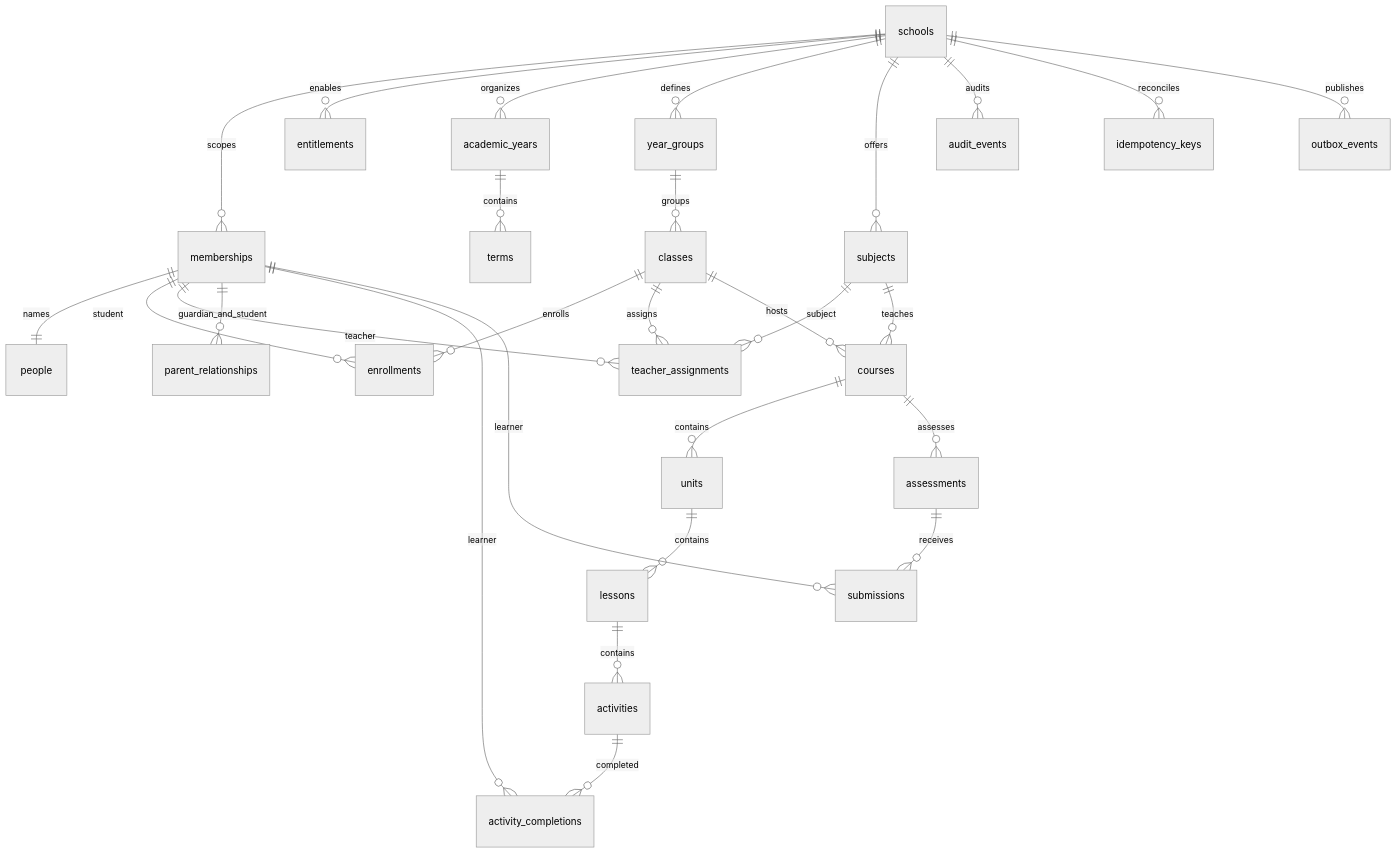
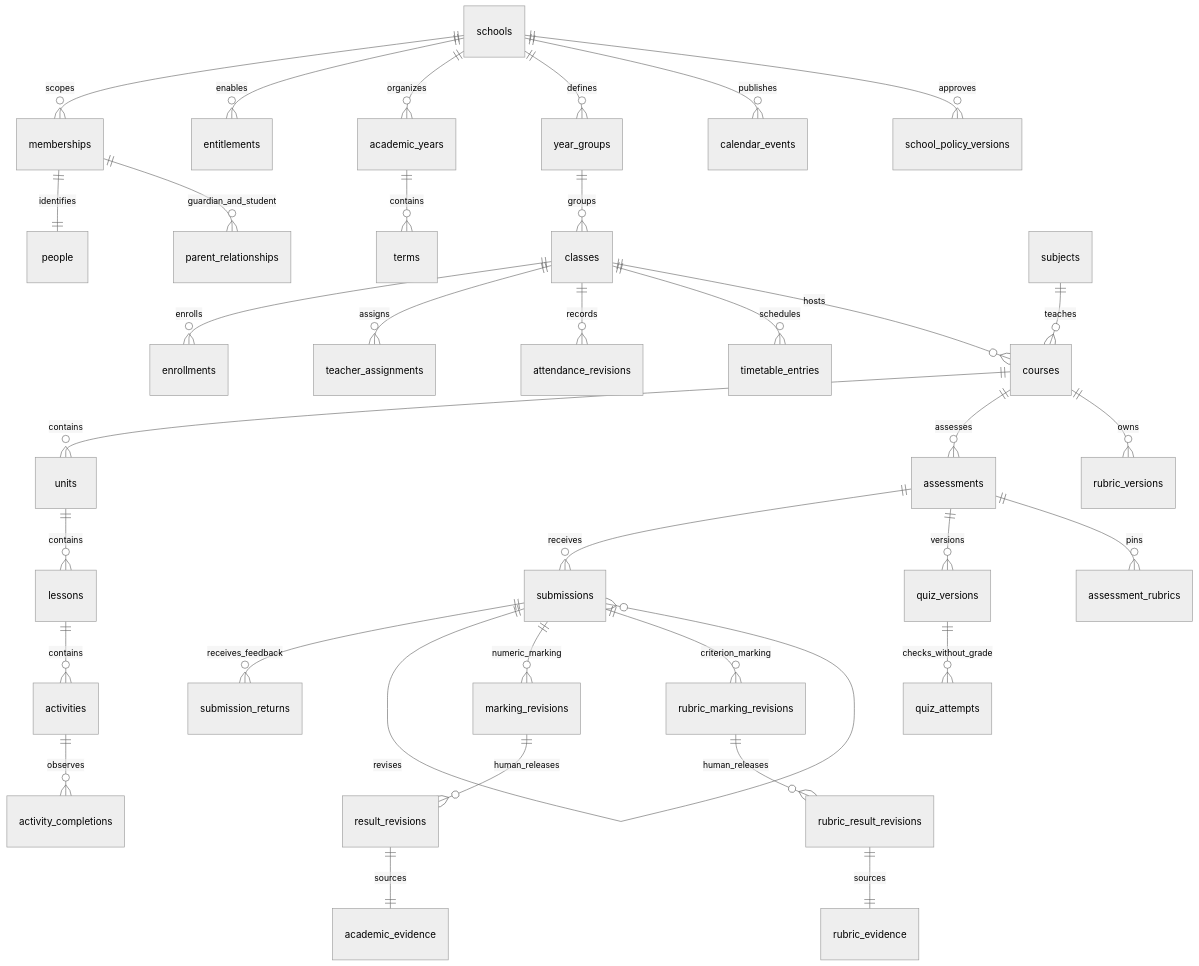
The first of 3 diagrams in docs/architecture/domain-erd.md (attaulhaq0/Cuevo), drawn with Mermaid (neutral theme) before and after one commit. The commit also changed other lines of this file and 668 other files, not shown here.

````diff
--- a/docs/architecture/domain-erd.md
+++ b/docs/architecture/domain-erd.md
@@ -5,30 +5,37 @@
 ```mermaid
 erDiagram
   schools ||--o{ memberships : scopes
   schools ||--o{ entitlements : enables
-  memberships ||--|| people : names
+  memberships ||--|| people : identifies
   schools ||--o{ academic_years : organizes
   academic_years ||--o{ terms : contains
   schools ||--o{ year_groups : defines
   year_groups ||--o{ classes : groups
-  schools ||--o{ subjects : offers
   classes ||--o{ enrollments : enrolls
-  memberships ||--o{ enrollments : student
   classes ||--o{ teacher_assignments : assigns
-  subjects ||--o{ teacher_assignments : subject
-  memberships ||--o{ teacher_assignments : teacher
   memberships ||--o{ parent_relationships : guardian_and_student
+  classes ||--o{ attendance_revisions : records
+  classes ||--o{ timetable_entries : schedules
+  schools ||--o{ calendar_events : publishes
+  schools ||--o{ school_policy_versions : approves
   classes ||--o{ courses : hosts
   subjects ||--o{ courses : teaches
   courses ||--o{ units : contains
   units ||--o{ lessons : contains
   lessons ||--o{ activities : contains
-  activities ||--o{ activity_completions : completed
-  memberships ||--o{ activity_completions : learner
+  activities ||--o{ activity_completions : observes
   courses ||--o{ assessments : assesses
   assessments ||--o{ submissions : receives
-  memberships ||--o{ submissions : learner
-  schools ||--o{ audit_events : audits
-  schools ||--o{ idempotency_keys : reconciles
-  schools ||--o{ outbox_events : publishes
+  submissions ||--o{ submission_returns : receives_feedback
+  submissions ||--o{ submissions : revises
+  assessments ||--o{ quiz_versions : versions
+  quiz_versions ||--o{ quiz_attempts : checks_without_grade
+  courses ||--o{ rubric_versions : owns
+  assessments ||--o{ assessment_rubrics : pins
+  submissions ||--o{ marking_revisions : numeric_marking
+  marking_revisions ||--o{ result_revisions : human_releases
+  result_revisions ||--|| academic_evidence : sources
+  submissions ||--o{ rubric_marking_revisions : criterion_marking
+  rubric_marking_revisions ||--o{ rubric_result_revisions : human_releases
+  rubric_result_revisions ||--|| rubric_evidence : sources
 ```
````
